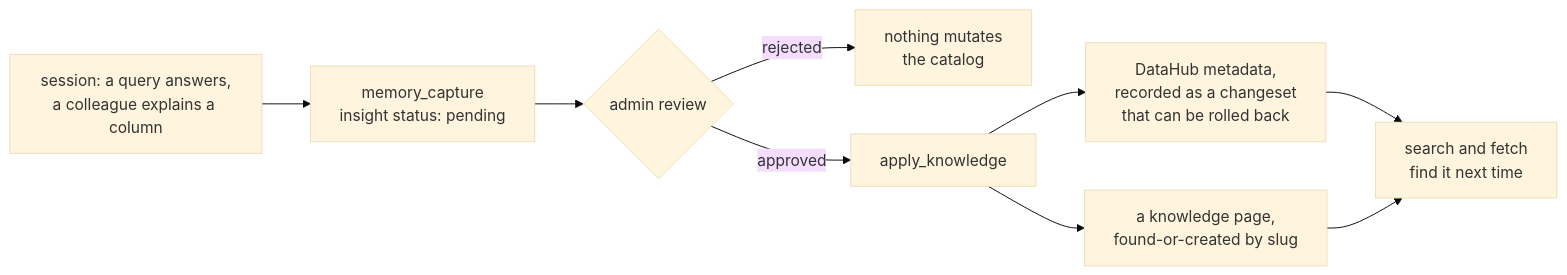
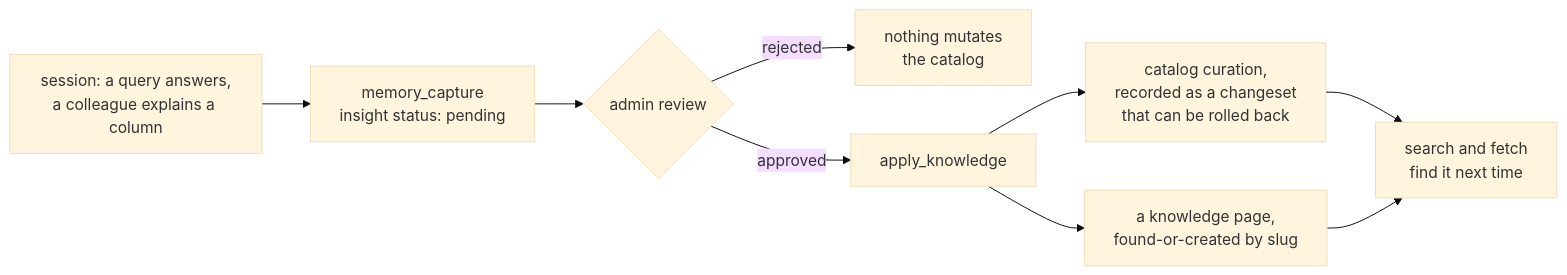
Before and after one commit to txn2/mcp-data-platform: the diagram in internal/platform/knowledgebuiltin/pages/provenance-and-the-capture-loop.md, drawn with Mermaid (base theme). The commit also changed other lines of this file and 746 other files, not shown here.

First line of the commit message:
feat(catalog): portal catalog, search/fetch reads, DataHub removed (#1916) (#2123)

````diff
--- a/internal/platform/knowledgebuiltin/pages/provenance-and-the-capture-loop.md
+++ b/internal/platform/knowledgebuiltin/pages/provenance-and-the-capture-loop.md
@@ -50,11 +50,11 @@
 ```mermaid
 flowchart LR
   S["session: a query answers,<br/>a colleague explains a column"] --> C["memory_capture<br/>insight status: pending"]
   C --> R{"admin review"}
   R -- rejected --> X["nothing mutates<br/>the catalog"]
   R -- approved --> P["apply_knowledge"]
-  P --> D["DataHub metadata,<br/>recorded as a changeset<br/>that can be rolled back"]
+  P --> D["catalog curation,<br/>recorded as a changeset<br/>that can be rolled back"]
   P --> K["a knowledge page,<br/>found-or-created by slug"]
   D --> F["search and fetch<br/>find it next time"]
   K --> F
 ```
````
